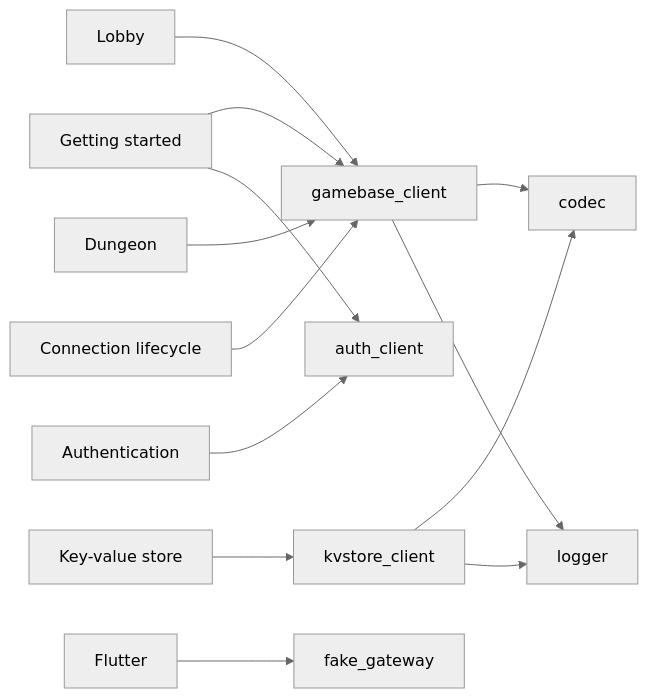
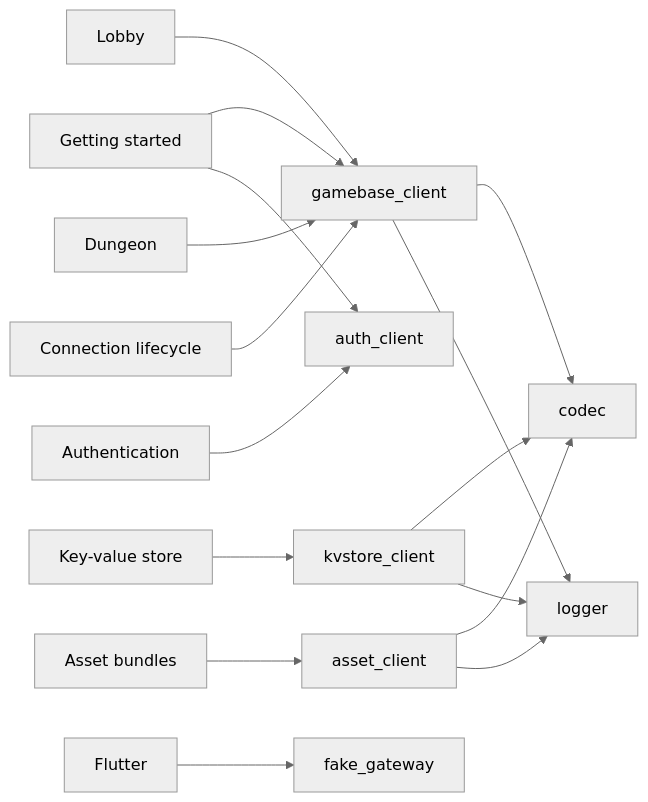
One commit to yingyeothon/flutterlib changed the diagram in docs/README.md. Above: the diagram before and after it, drawn with Mermaid (neutral theme). The commit also changed other lines of this file and 26 other files, not shown here.

````diff
--- a/docs/README.md
+++ b/docs/README.md
@@ -31,15 +32,18 @@
 ```mermaid
 flowchart LR
   gs["Getting started"] --> gc["gamebase_client"]
   gs --> ac["auth_client"]
   auth["Authentication"] --> ac
   lobby["Lobby"] --> gc
   dungeon["Dungeon"] --> gc
   kv["Key-value store"] --> kc["kvstore_client"]
+  assets["Asset bundles"] --> asc["asset_client"]
   life["Connection lifecycle"] --> gc
   flutter["Flutter"] --> fg["fake_gateway"]
   gc --> codec["codec"]
   gc --> logger["logger"]
   kc --> codec
   kc --> logger
+  asc --> codec
+  asc --> logger
 ```
````
